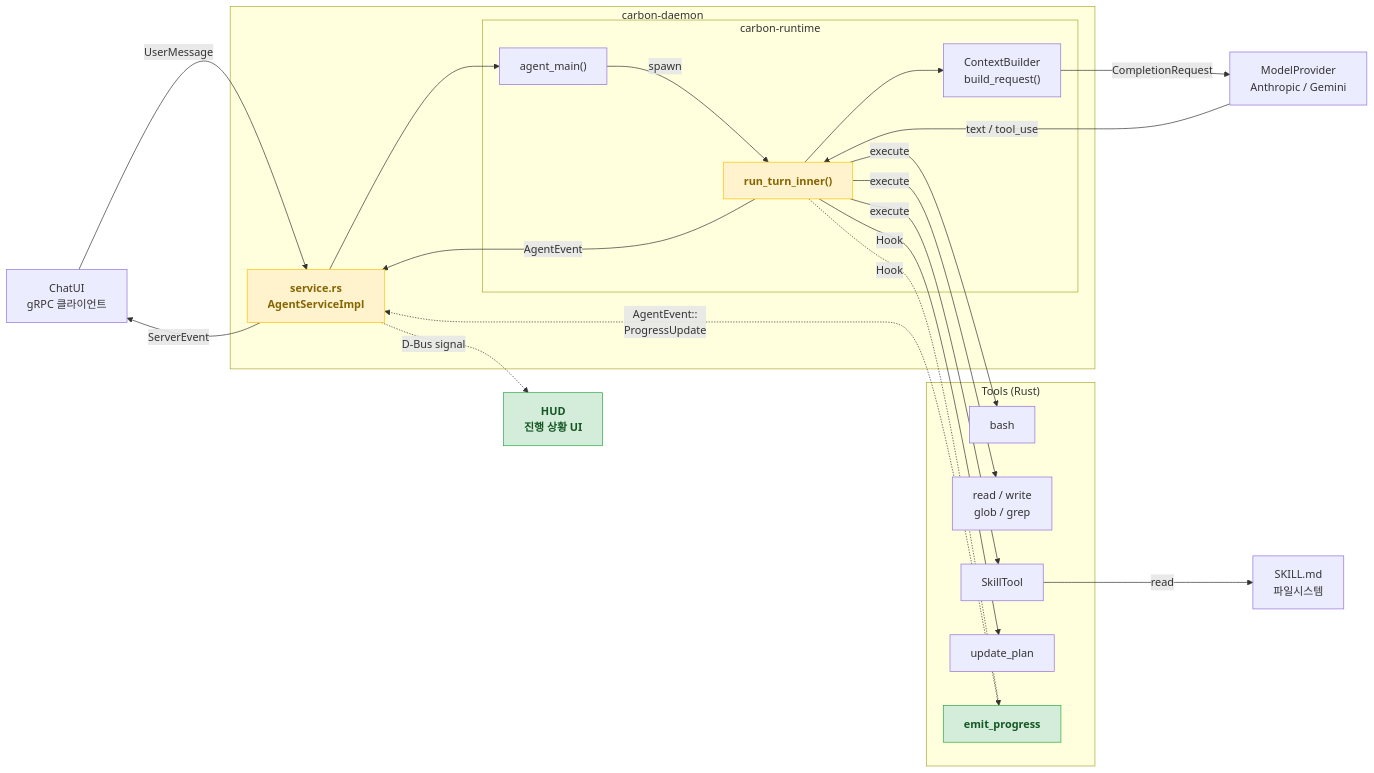
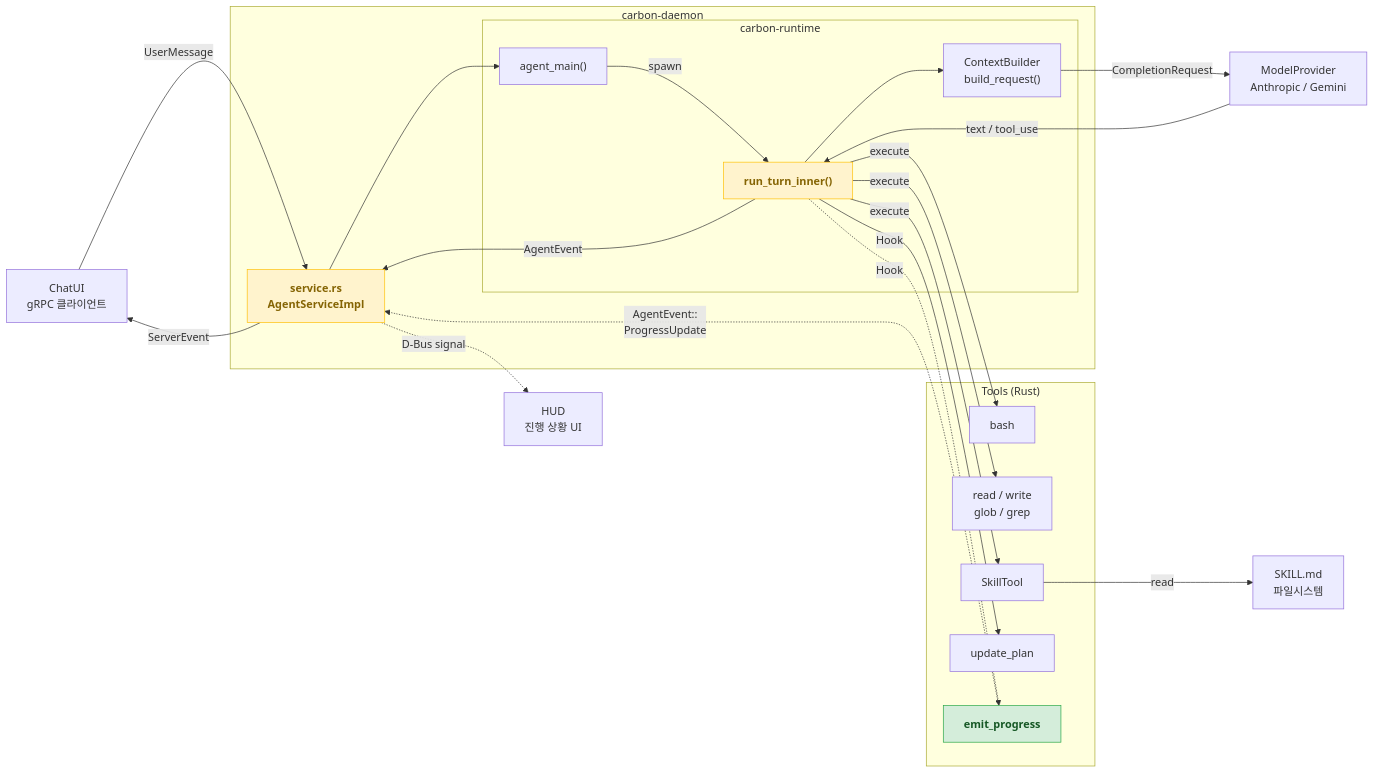
The first of 3 diagrams in docs/dbus-progress-design.md (shyunMin/tizen-chat), drawn with Mermaid before and after one commit.

````diff
--- a/docs/dbus-progress-design.md
+++ b/docs/dbus-progress-design.md
@@ -19,48 +19,48 @@
 ```mermaid
 flowchart LR
     AppA["ChatUI\ngRPC 클라이언트"]
-    AppB["HUD\n진행 상황 UI"]:::new
+    AppB["HUD\n진행 상황 UI"]
 
     subgraph Daemon["carbon-daemon"]
         Svc["service.rs\nAgentServiceImpl"]:::modified
 
         subgraph Runtime["carbon-runtime"]
             AM["agent_main()"]
             Turn["run_turn_inner()"]:::modified
             Ctx["ContextBuilder\nbuild_request()"]
         end
     end
 
     LLM["ModelProvider\nAnthropic / Gemini"]
 
     subgraph ToolSet["Tools (Rust)"]
         Bash["bash"]
         RW["read / write\nglob / grep"]
         SkillT["SkillTool"]
         UP["update_plan"]
         EP["emit_progress"]:::new
     end
 
     SkillFS["SKILL.md\n파일시스템"]
 
     AppA     -->  |"UserMessage"| Svc
     Svc      -->  AM
     AM       -->  |"spawn"| Turn
     Turn     -->  Ctx
     Ctx      -->  |"CompletionRequest"| LLM
     LLM      -->  |"text / tool_use"| Turn
     Turn     -->  |"execute"| Bash
     Turn     -->  |"execute"| RW
     Turn     -->  |"execute"| SkillT
     Turn     -->  |"Hook"| UP
     SkillT   -->  |"read"| SkillFS
     Turn     -->  |"AgentEvent"| Svc
     Svc      -->  |"ServerEvent"| AppA
 
     Turn     -.-> |"Hook"| EP
     EP       -.-> |"AgentEvent::\nProgressUpdate"| Svc
     Svc      -.-> |"D-Bus signal"| AppB
 
     classDef new      fill:#d4edda,stroke:#28a745,color:#155724,font-weight:bold
     classDef modified fill:#fff3cd,stroke:#ffc107,color:#856404,font-weight:bold
 ```
````
